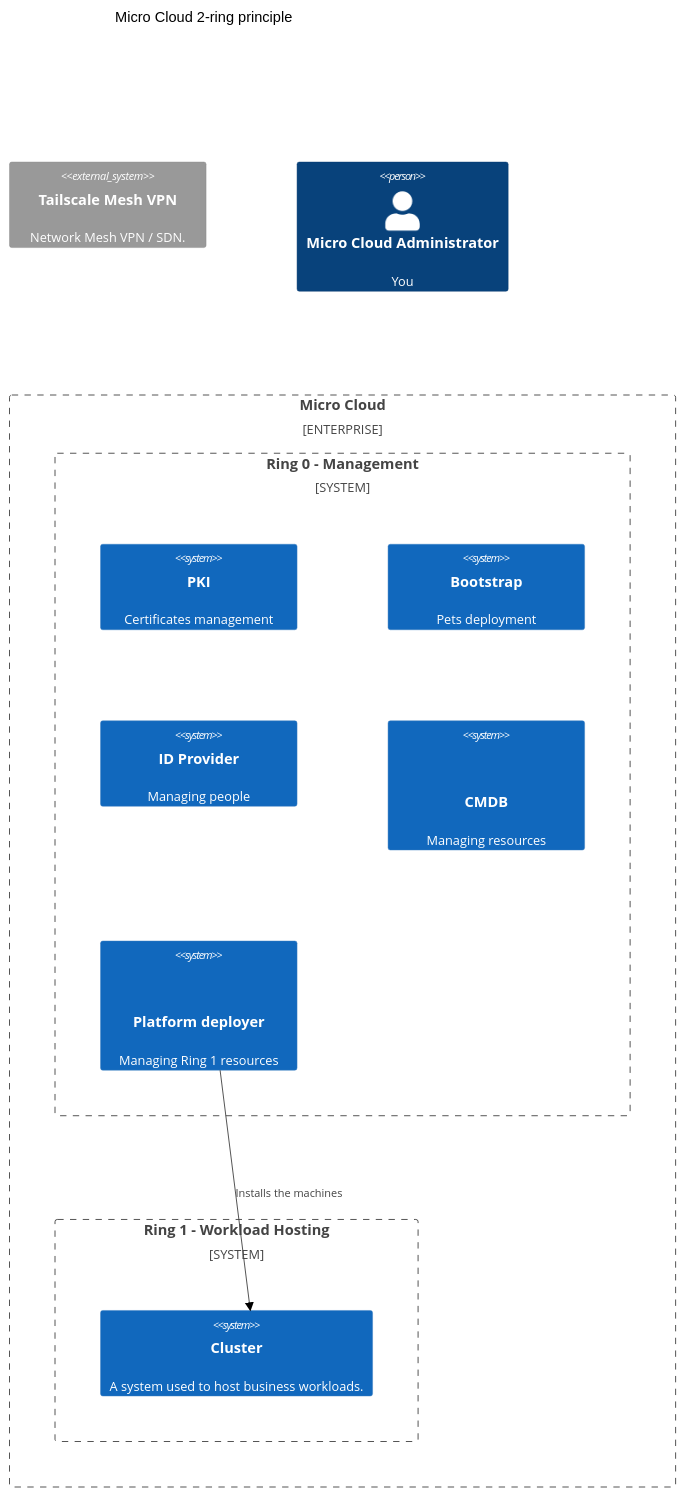
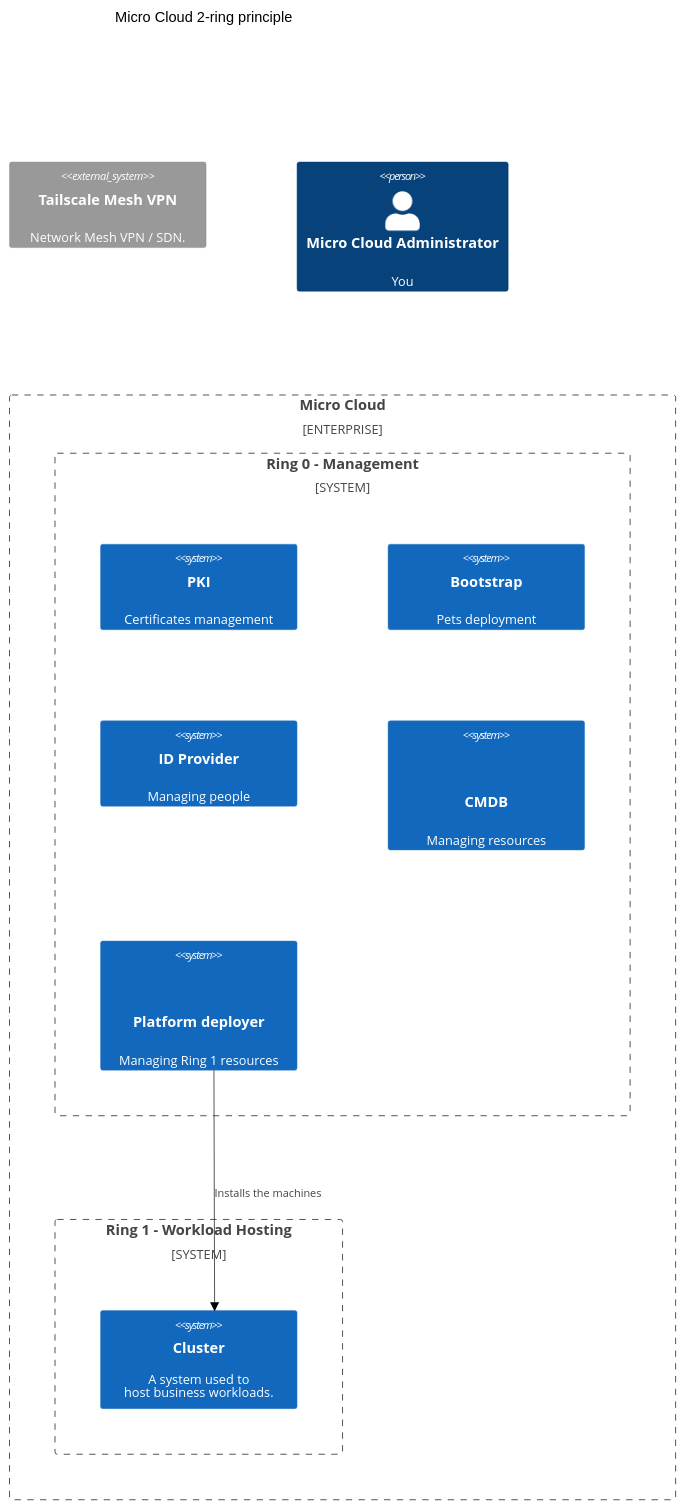
Before and after one commit to mgrzybek/micro-cloud: the diagram in README.md, drawn with Mermaid (forest theme).

Commit message:
documentation - multiline descriptions in c4

````diff
--- a/README.md
+++ b/README.md
@@ -13,26 +13,26 @@
 ```mermaid
 C4Context
 title Micro Cloud 2-ring principle
 
 System_Ext(mesh, "Tailscale Mesh VPN", "Network Mesh VPN / SDN.")
 Person(admin, "Micro Cloud Administrator", "You")
 
 Enterprise_Boundary(mdc, "Micro Cloud") {
 
     System_Boundary(ring0, "Ring 0 - Management") {
         System(pki, "PKI", "Certificates management")
         System(bootstrap, "Bootstrap", "Pets deployment")
         System(id, "ID Provider", "Managing people")
         System(dcim, "CMDB", "Managing resources", "DCIM, IPAM")
         System(deployment, "Platform deployer", "Managing Ring 1 resources", "Bare Metal as a Service")
     }
 
     System_Boundary(ring1, "Ring 1 - Workload Hosting") {
-        System(cluster, "Cluster", "A system used to host business workloads.")
+        System(cluster, "Cluster", "A system used to <br>host business workloads.")
     }
 }
 
 Rel(deployment, cluster, "Installs the machines")
 
 UpdateLayoutConfig($c4ShapeInRow="3", $c4BoundaryInRow="1")
 ```
````
